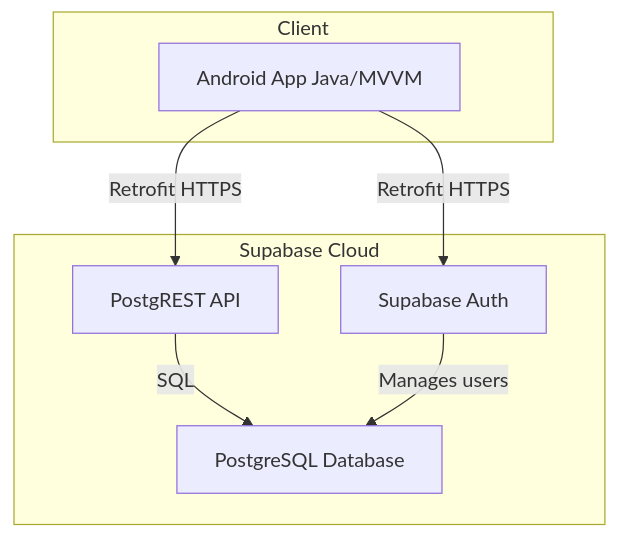
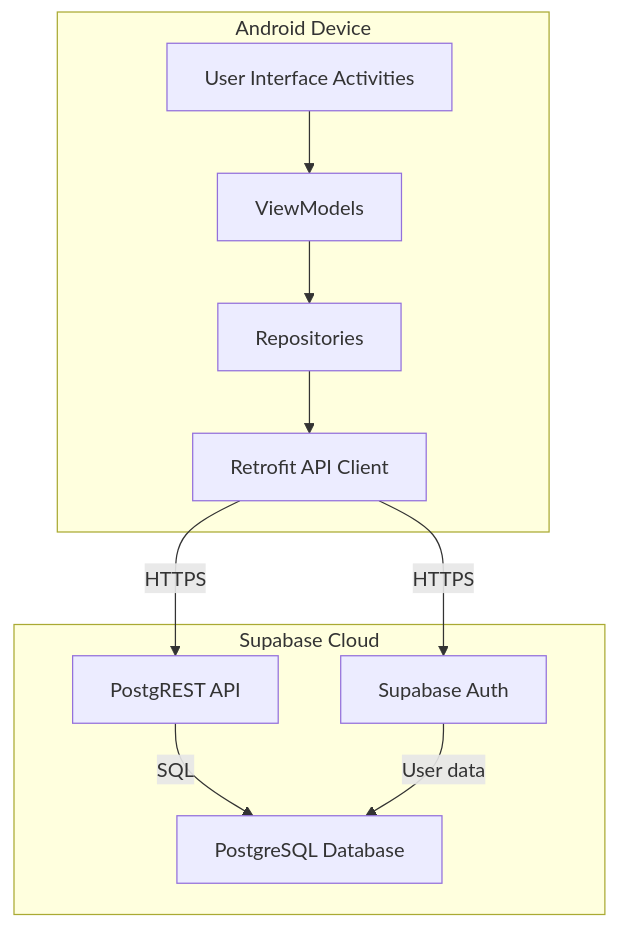
The second of 13 diagrams in README.md (Fathima-Asna/ICBT-MAD-Assignment), drawn with Mermaid before and after one commit. The commit also changed other lines of this file, not shown here.

Commit message:
docs: update comprehensive README with user manual, UML diagrams and technical docs

````diff
--- a/README.md
+++ b/README.md
@@ -165,17 +440,23 @@
 ```mermaid
 graph TB
-    subgraph Client
-        A[Android App Java/MVVM]
+    subgraph Android Device
+        UI[User Interface Activities]
+        VM[ViewModels]
+        Repo[Repositories]
+        Remote[Retrofit API Client]
     end
 
     subgraph Supabase Cloud
-        B[Supabase Auth]
-        C[PostgREST API]
-        D[PostgreSQL Database]
+        Auth[Supabase Auth]
+        PostgREST[PostgREST API]
+        Postgres[PostgreSQL Database]
     end
 
-    A -->|Retrofit HTTPS| B
-    A -->|Retrofit HTTPS| C
-    C -->|SQL| D
-    B -->|Manages users| D
+    UI --> VM
+    VM --> Repo
+    Repo --> Remote
+    Remote -->|HTTPS| Auth
+    Remote -->|HTTPS| PostgREST
+    PostgREST -->|SQL| Postgres
+    Auth -->|User data| Postgres
 ```
````
